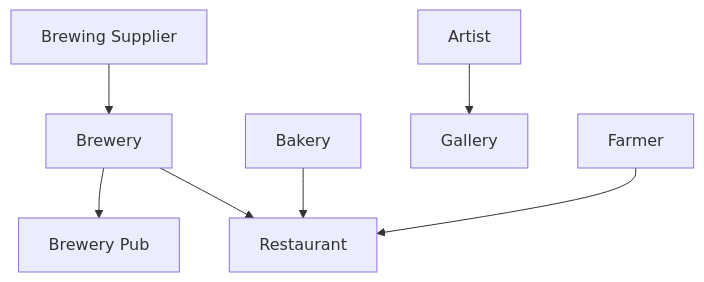
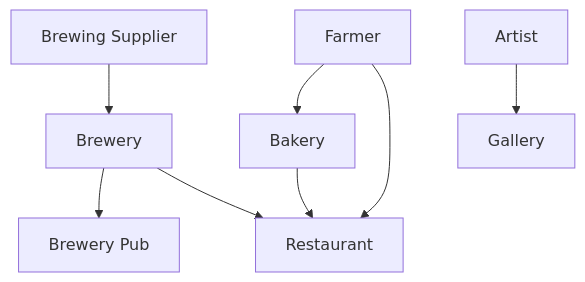
One commit to lone-starr/ace changed the diagram in whitepaper.md. Above: the diagram before and after it, drawn with Mermaid.

````diff
--- a/whitepaper.md
+++ b/whitepaper.md
@@ -25,9 +25,10 @@
 ```mermaid
 graph TD;
    A[Brewing Supplier]-->Brewery
    Brewery-->B[Brewery Pub];
    Brewery-->Restaurant;
    Bakery-->Restaurant;
+   Farmer-->Bakery;
+   Farmer-->Restaurant;
    Artist-->Gallery;
-   Farmer-->Restaurant;
 ```
````
